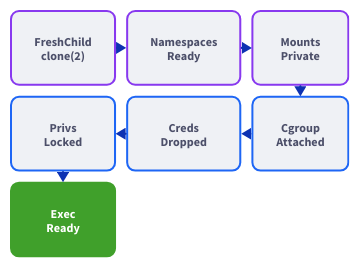
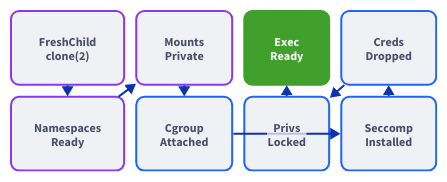
The diagram in docs-site/src/assets/diagrams/typestate.d2 (orkait/rustbox), drawn with D2 before and after one commit. The commit also changed 19 other files, not shown here.

```diff
--- a/docs-site/src/assets/diagrams/typestate.d2
+++ b/docs-site/src/assets/diagrams/typestate.d2
@@ -1,74 +1,79 @@
-grid-rows: 3
-grid-columns: 3
+grid-columns: 4
+grid-rows: 2
 grid-gap: 12
 
 fresh: {
   label: "FreshChild\nclone(2)"
   style.fill: "#eff1f5"
   style.stroke: "#8839ef"
   style.font-color: "#4c4f69"
   style.border-radius: 8
   style.font-size: 12
 }
 
 ns: {
   label: "Namespaces\nReady"
   style.fill: "#eff1f5"
   style.stroke: "#8839ef"
   style.font-color: "#4c4f69"
   style.border-radius: 8
   style.font-size: 12
 }
 
 mnt: {
   label: "Mounts\nPrivate"
   style.fill: "#eff1f5"
   style.stroke: "#8839ef"
   style.font-color: "#4c4f69"
   style.border-radius: 8
   style.font-size: 12
 }
 
-# Row 2: right-to-left order (snake reversal)
+cg: {
+  label: "Cgroup\nAttached"
+  style.fill: "#eff1f5"
+  style.stroke: "#1e66f5"
+  style.font-color: "#4c4f69"
+  style.border-radius: 8
+  style.font-size: 12
+}
+
+exec: {
+  label: "Exec\nReady"
+  style.fill: "#40a02b"
+  style.stroke: "#40a02b"
+  style.font-color: "#ffffff"
+  style.border-radius: 8
+  style.font-size: 12
+  style.bold: true
+}
+
 priv: {
   label: "Privs\nLocked"
   style.fill: "#eff1f5"
   style.stroke: "#1e66f5"
   style.font-color: "#4c4f69"
   style.border-radius: 8
   style.font-size: 12
 }
 
 cred: {
   label: "Creds\nDropped"
   style.fill: "#eff1f5"
   style.stroke: "#1e66f5"
   style.font-color: "#4c4f69"
   style.border-radius: 8
   style.font-size: 12
 }
 
-cg: {
-  label: "Cgroup\nAttached"
+seccomp: {
+  label: "Seccomp\nInstalled"
   style.fill: "#eff1f5"
   style.stroke: "#1e66f5"
   style.font-color: "#4c4f69"
   style.border-radius: 8
   style.font-size: 12
 }
 
-# Row 3
-exec: {
-  label: "Exec\nReady"
-  style.fill: "#40a02b"
-  style.stroke: "#40a02b"
-  style.font-color: "#ffffff"
-  style.border-radius: 8
-  style.font-size: 12
-  style.bold: true
-}
-
-fresh -> ns -> mnt
-mnt -> cg
-cg -> cred -> priv
-priv -> exec
+fresh -> ns -> mnt -> cg
+cg -> seccomp -> cred -> priv -> exec
```
